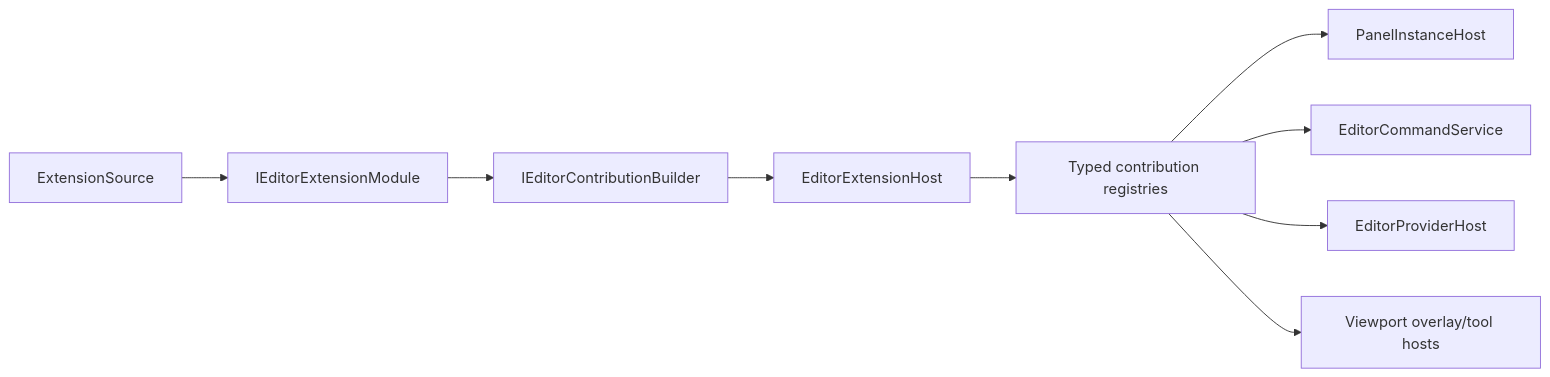
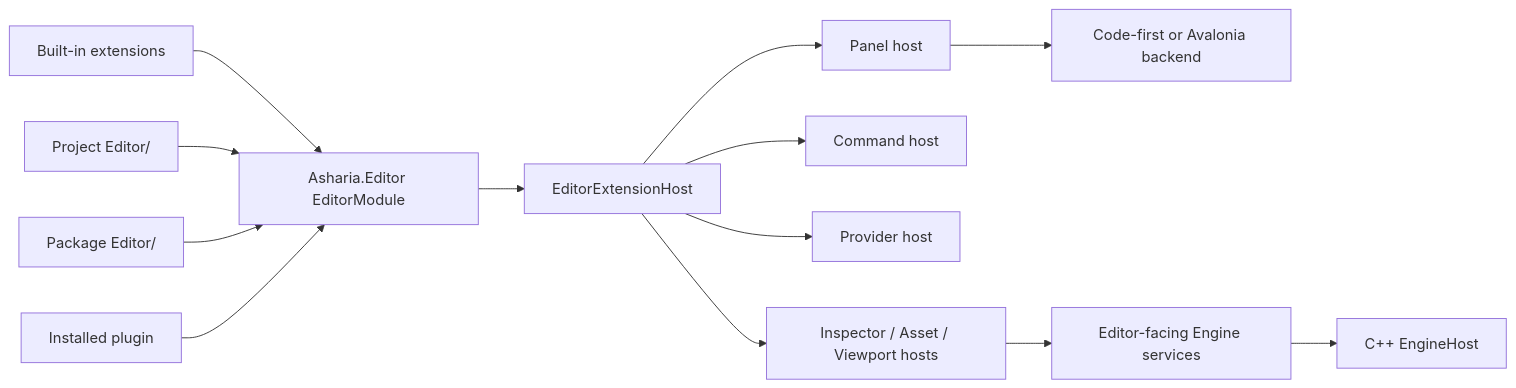
One commit to 66six11/Engine changed the diagram in apps/studio/docs/architecture/studio-extension-model.md. Above: the diagram before and after it, drawn with Mermaid. The commit also changed other lines of this file and 19 other files, not shown here.

Commit message:
docs: redesign studio editor extension framework

````diff
--- a/apps/studio/docs/architecture/studio-extension-model.md
+++ b/apps/studio/docs/architecture/studio-extension-model.md
@@ -32,12 +46,17 @@
 ```mermaid
 flowchart LR
-    Source["ExtensionSource"] --> Module["IEditorExtensionModule"]
-    Module --> Builder["IEditorContributionBuilder"]
-    Builder --> Host["EditorExtensionHost"]
-    Host --> Registry["Typed contribution registries"]
+    BuiltIn["Built-in extensions"] --> Module["Asharia.Editor EditorModule"]
+    Project["Project Editor/"] --> Module
+    Package["Package Editor/"] --> Module
+    Installed["Installed plugin"] --> Module
 
-    Registry --> PanelHost["PanelInstanceHost"]
-    Registry --> Command["EditorCommandService"]
-    Registry --> Provider["EditorProviderHost"]
-    Registry --> Overlay["Viewport overlay/tool hosts"]
+    Module --> Host["EditorExtensionHost"]
+    Host --> Panels["Panel host"]
+    Host --> Commands["Command host"]
+    Host --> Providers["Provider host"]
+    Host --> Tools["Inspector / Asset / Viewport hosts"]
+
+    Panels --> UiBackend["Code-first or Avalonia backend"]
+    Tools --> EnginePorts["Editor-facing Engine services"]
+    EnginePorts --> Native["C++ EngineHost"]
 ```
````
